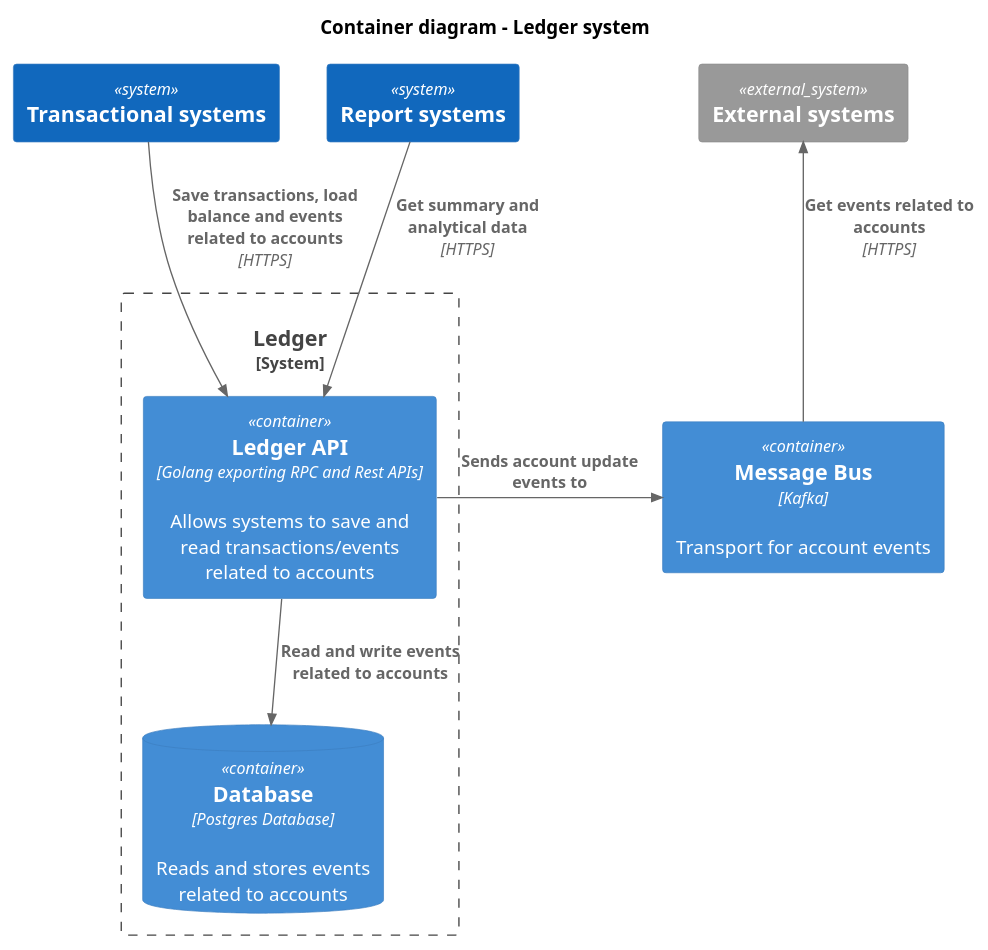
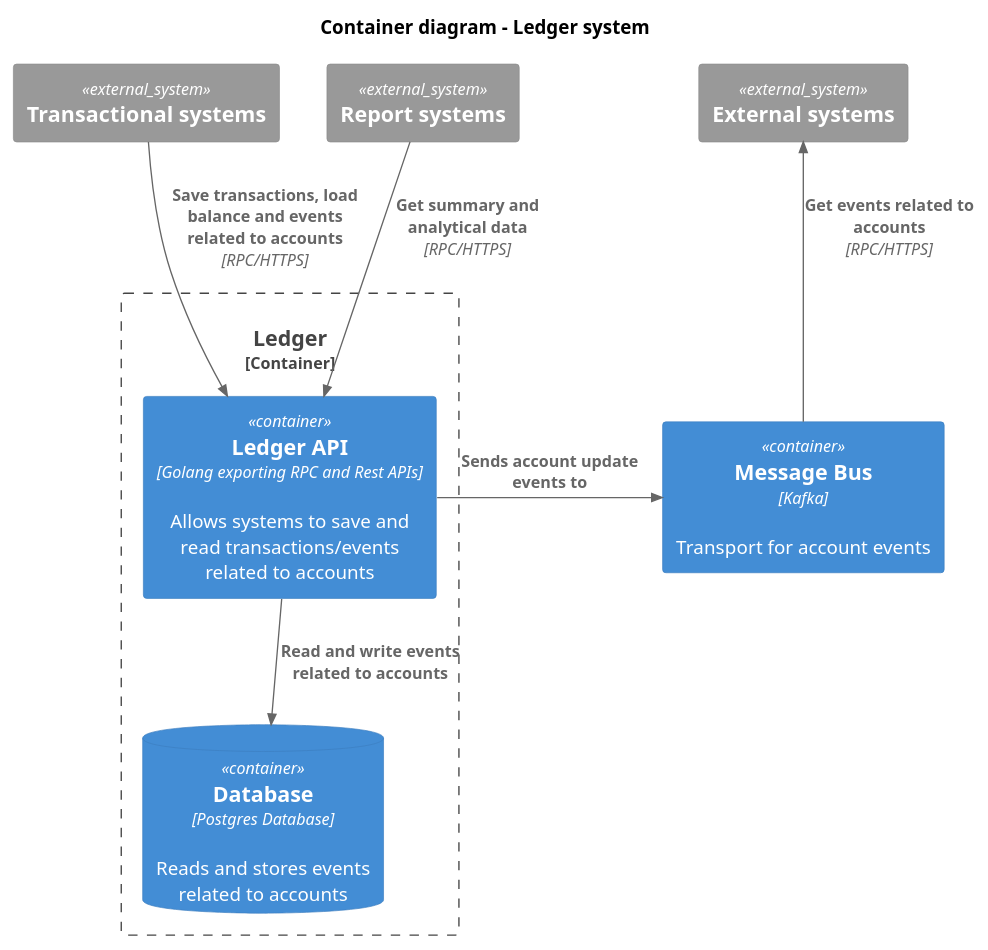
Before and after one commit to fernandodr19/the-amazing-ledger: the diagram in docs/c4model/level_2_step_by_step/level_2_a_container_diagram.puml, drawn with PlantUML. The commit also changed 15 other files, not shown here.

Commit message:
docs: improvements in c4 diagrams

```diff
--- a/docs/c4model/level_2_step_by_step/level_2_a_container_diagram.puml
+++ b/docs/c4model/level_2_step_by_step/level_2_a_container_diagram.puml
@@ -1,28 +1,26 @@
 @startuml Basic Sample
 !includeurl https://raw.githubusercontent.com/RicardoNiepel/C4-PlantUML/release/1-0/C4_Container.puml
 
 title Container diagram - Ledger system
 
-System(transactional_systems, "Transactional systems")
-System(report_systems, "Report systems")
+System_Ext(transactional_systems, "Transactional systems")
+System_Ext(report_systems, "Report systems")
 System_Ext(external_systems, "External systems")
 
-System_Boundary(ledger, "Ledger") {
+Container_Boundary(ledger, "Ledger") {
     Container(ledger_api, "Ledger API", "Golang exporting RPC and Rest APIs", "Allows systems to save and read transactions/events related to accounts")
     ContainerDb(database, "Database", "Postgres Database", "Reads and stores events related to accounts")
 }
 
 Container(message_bus, "Message Bus", "Kafka", "Transport for account events")
 
 Rel_R(ledger_api, message_bus, "Sends account update events to")
 
 Rel(ledger_api, database, "Read and write events related to accounts")
 
-Rel(transactional_systems, ledger_api, "Save transactions, load balance and events related to accounts", "HTTPS")
+Rel(transactional_systems, ledger_api, "Save transactions, load balance and events related to accounts", "RPC/HTTPS")
 
-Rel(report_systems, ledger_api, "Get summary and analytical data", "HTTPS")
-Rel_Back(external_systems, message_bus, "Get events related to accounts", "HTTPS")
+Rel(report_systems, ledger_api, "Get summary and analytical data", "RPC/HTTPS")
+Rel_Back(external_systems, message_bus, "Get events related to accounts", "RPC/HTTPS")
 
-' Rel_Neighbor(ledger_command_handler, ledger_query_handler, "Sends events related to accounts")
-' Rel_Neighbor(ledger_command_handler, ledger_pub_handler, "Sends events related to accounts")
 @enduml
```
